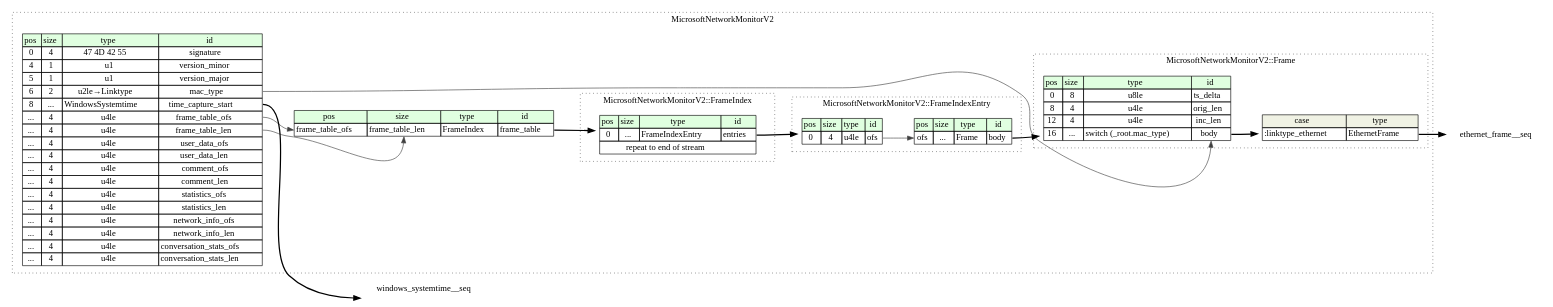
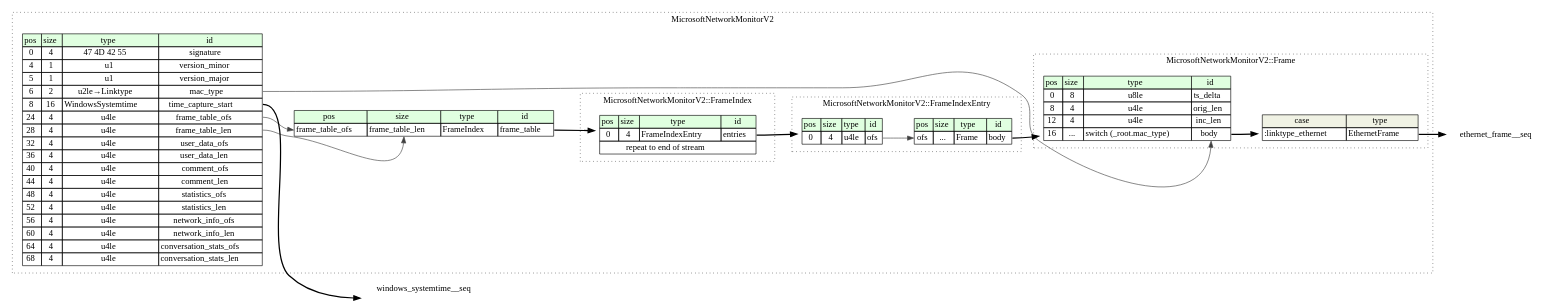
One commit to kaitai-io/formats-kaitai-io.github.io changed the diagram in microsoft_network_monitor_v2/src/graphviz/microsoft_network_monitor_v2.dot. Above: the diagram before and after it, drawn with Graphviz. The commit also changed 1654 other files, not shown here.

```diff
--- a/microsoft_network_monitor_v2/src/graphviz/microsoft_network_monitor_v2.dot
+++ b/microsoft_network_monitor_v2/src/graphviz/microsoft_network_monitor_v2.dot
@@ -1,82 +1,82 @@
 digraph {
 	rankdir=LR;
 	node [shape=plaintext];
 	subgraph cluster__microsoft_network_monitor_v2 {
 		label="MicrosoftNetworkMonitorV2";
 		graph[style=dotted];
 
 		microsoft_network_monitor_v2__seq [label=<<TABLE BORDER="0" CELLBORDER="1" CELLSPACING="0">
 			<TR><TD BGCOLOR="#E0FFE0">pos</TD><TD BGCOLOR="#E0FFE0">size</TD><TD BGCOLOR="#E0FFE0">type</TD><TD BGCOLOR="#E0FFE0">id</TD></TR>
 			<TR><TD PORT="signature_pos">0</TD><TD PORT="signature_size">4</TD><TD>47 4D 42 55</TD><TD PORT="signature_type">signature</TD></TR>
 			<TR><TD PORT="version_minor_pos">4</TD><TD PORT="version_minor_size">1</TD><TD>u1</TD><TD PORT="version_minor_type">version_minor</TD></TR>
 			<TR><TD PORT="version_major_pos">5</TD><TD PORT="version_major_size">1</TD><TD>u1</TD><TD PORT="version_major_type">version_major</TD></TR>
 			<TR><TD PORT="mac_type_pos">6</TD><TD PORT="mac_type_size">2</TD><TD>u2le→Linktype</TD><TD PORT="mac_type_type">mac_type</TD></TR>
-			<TR><TD PORT="time_capture_start_pos">8</TD><TD PORT="time_capture_start_size">...</TD><TD>WindowsSystemtime</TD><TD PORT="time_capture_start_type">time_capture_start</TD></TR>
-			<TR><TD PORT="frame_table_ofs_pos">...</TD><TD PORT="frame_table_ofs_size">4</TD><TD>u4le</TD><TD PORT="frame_table_ofs_type">frame_table_ofs</TD></TR>
-			<TR><TD PORT="frame_table_len_pos">...</TD><TD PORT="frame_table_len_size">4</TD><TD>u4le</TD><TD PORT="frame_table_len_type">frame_table_len</TD></TR>
-			<TR><TD PORT="user_data_ofs_pos">...</TD><TD PORT="user_data_ofs_size">4</TD><TD>u4le</TD><TD PORT="user_data_ofs_type">user_data_ofs</TD></TR>
-			<TR><TD PORT="user_data_len_pos">...</TD><TD PORT="user_data_len_size">4</TD><TD>u4le</TD><TD PORT="user_data_len_type">user_data_len</TD></TR>
-			<TR><TD PORT="comment_ofs_pos">...</TD><TD PORT="comment_ofs_size">4</TD><TD>u4le</TD><TD PORT="comment_ofs_type">comment_ofs</TD></TR>
-			<TR><TD PORT="comment_len_pos">...</TD><TD PORT="comment_len_size">4</TD><TD>u4le</TD><TD PORT="comment_len_type">comment_len</TD></TR>
-			<TR><TD PORT="statistics_ofs_pos">...</TD><TD PORT="statistics_ofs_size">4</TD><TD>u4le</TD><TD PORT="statistics_ofs_type">statistics_ofs</TD></TR>
-			<TR><TD PORT="statistics_len_pos">...</TD><TD PORT="statistics_len_size">4</TD><TD>u4le</TD><TD PORT="statistics_len_type">statistics_len</TD></TR>
-			<TR><TD PORT="network_info_ofs_pos">...</TD><TD PORT="network_info_ofs_size">4</TD><TD>u4le</TD><TD PORT="network_info_ofs_type">network_info_ofs</TD></TR>
-			<TR><TD PORT="network_info_len_pos">...</TD><TD PORT="network_info_len_size">4</TD><TD>u4le</TD><TD PORT="network_info_len_type">network_info_len</TD></TR>
-			<TR><TD PORT="conversation_stats_ofs_pos">...</TD><TD PORT="conversation_stats_ofs_size">4</TD><TD>u4le</TD><TD PORT="conversation_stats_ofs_type">conversation_stats_ofs</TD></TR>
-			<TR><TD PORT="conversation_stats_len_pos">...</TD><TD PORT="conversation_stats_len_size">4</TD><TD>u4le</TD><TD PORT="conversation_stats_len_type">conversation_stats_len</TD></TR>
+			<TR><TD PORT="time_capture_start_pos">8</TD><TD PORT="time_capture_start_size">16</TD><TD>WindowsSystemtime</TD><TD PORT="time_capture_start_type">time_capture_start</TD></TR>
+			<TR><TD PORT="frame_table_ofs_pos">24</TD><TD PORT="frame_table_ofs_size">4</TD><TD>u4le</TD><TD PORT="frame_table_ofs_type">frame_table_ofs</TD></TR>
+			<TR><TD PORT="frame_table_len_pos">28</TD><TD PORT="frame_table_len_size">4</TD><TD>u4le</TD><TD PORT="frame_table_len_type">frame_table_len</TD></TR>
+			<TR><TD PORT="user_data_ofs_pos">32</TD><TD PORT="user_data_ofs_size">4</TD><TD>u4le</TD><TD PORT="user_data_ofs_type">user_data_ofs</TD></TR>
+			<TR><TD PORT="user_data_len_pos">36</TD><TD PORT="user_data_len_size">4</TD><TD>u4le</TD><TD PORT="user_data_len_type">user_data_len</TD></TR>
+			<TR><TD PORT="comment_ofs_pos">40</TD><TD PORT="comment_ofs_size">4</TD><TD>u4le</TD><TD PORT="comment_ofs_type">comment_ofs</TD></TR>
+			<TR><TD PORT="comment_len_pos">44</TD><TD PORT="comment_len_size">4</TD><TD>u4le</TD><TD PORT="comment_len_type">comment_len</TD></TR>
+			<TR><TD PORT="statistics_ofs_pos">48</TD><TD PORT="statistics_ofs_size">4</TD><TD>u4le</TD><TD PORT="statistics_ofs_type">statistics_ofs</TD></TR>
+			<TR><TD PORT="statistics_len_pos">52</TD><TD PORT="statistics_len_size">4</TD><TD>u4le</TD><TD PORT="statistics_len_type">statistics_len</TD></TR>
+			<TR><TD PORT="network_info_ofs_pos">56</TD><TD PORT="network_info_ofs_size">4</TD><TD>u4le</TD><TD PORT="network_info_ofs_type">network_info_ofs</TD></TR>
+			<TR><TD PORT="network_info_len_pos">60</TD><TD PORT="network_info_len_size">4</TD><TD>u4le</TD><TD PORT="network_info_len_type">network_info_len</TD></TR>
+			<TR><TD PORT="conversation_stats_ofs_pos">64</TD><TD PORT="conversation_stats_ofs_size">4</TD><TD>u4le</TD><TD PORT="conversation_stats_ofs_type">conversation_stats_ofs</TD></TR>
+			<TR><TD PORT="conversation_stats_len_pos">68</TD><TD PORT="conversation_stats_len_size">4</TD><TD>u4le</TD><TD PORT="conversation_stats_len_type">conversation_stats_len</TD></TR>
 		</TABLE>>];
 		microsoft_network_monitor_v2__inst__frame_table [label=<<TABLE BORDER="0" CELLBORDER="1" CELLSPACING="0">
 			<TR><TD BGCOLOR="#E0FFE0">pos</TD><TD BGCOLOR="#E0FFE0">size</TD><TD BGCOLOR="#E0FFE0">type</TD><TD BGCOLOR="#E0FFE0">id</TD></TR>
 			<TR><TD PORT="frame_table_pos">frame_table_ofs</TD><TD PORT="frame_table_size">frame_table_len</TD><TD>FrameIndex</TD><TD PORT="frame_table_type">frame_table</TD></TR>
 		</TABLE>>];
 		subgraph cluster__frame_index {
 			label="MicrosoftNetworkMonitorV2::FrameIndex";
 			graph[style=dotted];
 
 			frame_index__seq [label=<<TABLE BORDER="0" CELLBORDER="1" CELLSPACING="0">
 				<TR><TD BGCOLOR="#E0FFE0">pos</TD><TD BGCOLOR="#E0FFE0">size</TD><TD BGCOLOR="#E0FFE0">type</TD><TD BGCOLOR="#E0FFE0">id</TD></TR>
-				<TR><TD PORT="entries_pos">0</TD><TD PORT="entries_size">...</TD><TD>FrameIndexEntry</TD><TD PORT="entries_type">entries</TD></TR>
+				<TR><TD PORT="entries_pos">0</TD><TD PORT="entries_size">4</TD><TD>FrameIndexEntry</TD><TD PORT="entries_type">entries</TD></TR>
 				<TR><TD COLSPAN="4" PORT="entries__repeat">repeat to end of stream</TD></TR>
 			</TABLE>>];
 		}
 		subgraph cluster__frame_index_entry {
 			label="MicrosoftNetworkMonitorV2::FrameIndexEntry";
 			graph[style=dotted];
 
 			frame_index_entry__seq [label=<<TABLE BORDER="0" CELLBORDER="1" CELLSPACING="0">
 				<TR><TD BGCOLOR="#E0FFE0">pos</TD><TD BGCOLOR="#E0FFE0">size</TD><TD BGCOLOR="#E0FFE0">type</TD><TD BGCOLOR="#E0FFE0">id</TD></TR>
 				<TR><TD PORT="ofs_pos">0</TD><TD PORT="ofs_size">4</TD><TD>u4le</TD><TD PORT="ofs_type">ofs</TD></TR>
 			</TABLE>>];
 			frame_index_entry__inst__body [label=<<TABLE BORDER="0" CELLBORDER="1" CELLSPACING="0">
 				<TR><TD BGCOLOR="#E0FFE0">pos</TD><TD BGCOLOR="#E0FFE0">size</TD><TD BGCOLOR="#E0FFE0">type</TD><TD BGCOLOR="#E0FFE0">id</TD></TR>
 				<TR><TD PORT="body_pos">ofs</TD><TD PORT="body_size">...</TD><TD>Frame</TD><TD PORT="body_type">body</TD></TR>
 			</TABLE>>];
 		}
 		subgraph cluster__frame {
 			label="MicrosoftNetworkMonitorV2::Frame";
 			graph[style=dotted];
 
 			frame__seq [label=<<TABLE BORDER="0" CELLBORDER="1" CELLSPACING="0">
 				<TR><TD BGCOLOR="#E0FFE0">pos</TD><TD BGCOLOR="#E0FFE0">size</TD><TD BGCOLOR="#E0FFE0">type</TD><TD BGCOLOR="#E0FFE0">id</TD></TR>
 				<TR><TD PORT="ts_delta_pos">0</TD><TD PORT="ts_delta_size">8</TD><TD>u8le</TD><TD PORT="ts_delta_type">ts_delta</TD></TR>
 				<TR><TD PORT="orig_len_pos">8</TD><TD PORT="orig_len_size">4</TD><TD>u4le</TD><TD PORT="orig_len_type">orig_len</TD></TR>
 				<TR><TD PORT="inc_len_pos">12</TD><TD PORT="inc_len_size">4</TD><TD>u4le</TD><TD PORT="inc_len_type">inc_len</TD></TR>
 				<TR><TD PORT="body_pos">16</TD><TD PORT="body_size">...</TD><TD>switch (_root.mac_type)</TD><TD PORT="body_type">body</TD></TR>
 			</TABLE>>];
 frame__seq_body_switch [label=<<TABLE BORDER="0" CELLBORDER="1" CELLSPACING="0">
 	<TR><TD BGCOLOR="#F0F2E4">case</TD><TD BGCOLOR="#F0F2E4">type</TD></TR>
 	<TR><TD>:linktype_ethernet</TD><TD PORT="case0">EthernetFrame</TD></TR>
 </TABLE>>];
 		}
 	}
 	microsoft_network_monitor_v2__seq:time_capture_start_type -> windows_systemtime__seq [style=bold];
 	microsoft_network_monitor_v2__seq:frame_table_ofs_type -> microsoft_network_monitor_v2__inst__frame_table:frame_table_pos [color="#404040"];
 	microsoft_network_monitor_v2__seq:frame_table_len_type -> microsoft_network_monitor_v2__inst__frame_table:frame_table_size [color="#404040"];
 	microsoft_network_monitor_v2__inst__frame_table:frame_table_type -> frame_index__seq [style=bold];
 	frame_index__seq:entries_type -> frame_index_entry__seq [style=bold];
 	frame_index_entry__seq:ofs_type -> frame_index_entry__inst__body:body_pos [color="#404040"];
 	frame_index_entry__inst__body:body_type -> frame__seq [style=bold];
 	frame__seq:body_type -> frame__seq_body_switch [style=bold];
 	frame__seq_body_switch:case0 -> ethernet_frame__seq [style=bold];
 	microsoft_network_monitor_v2__seq:mac_type_type -> frame__seq:body_type [color="#404040"];
 }
```
